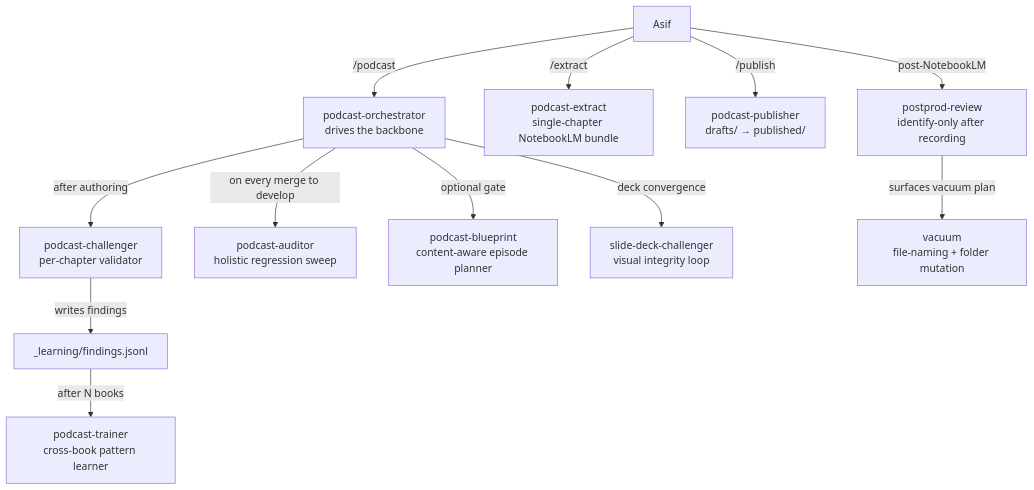
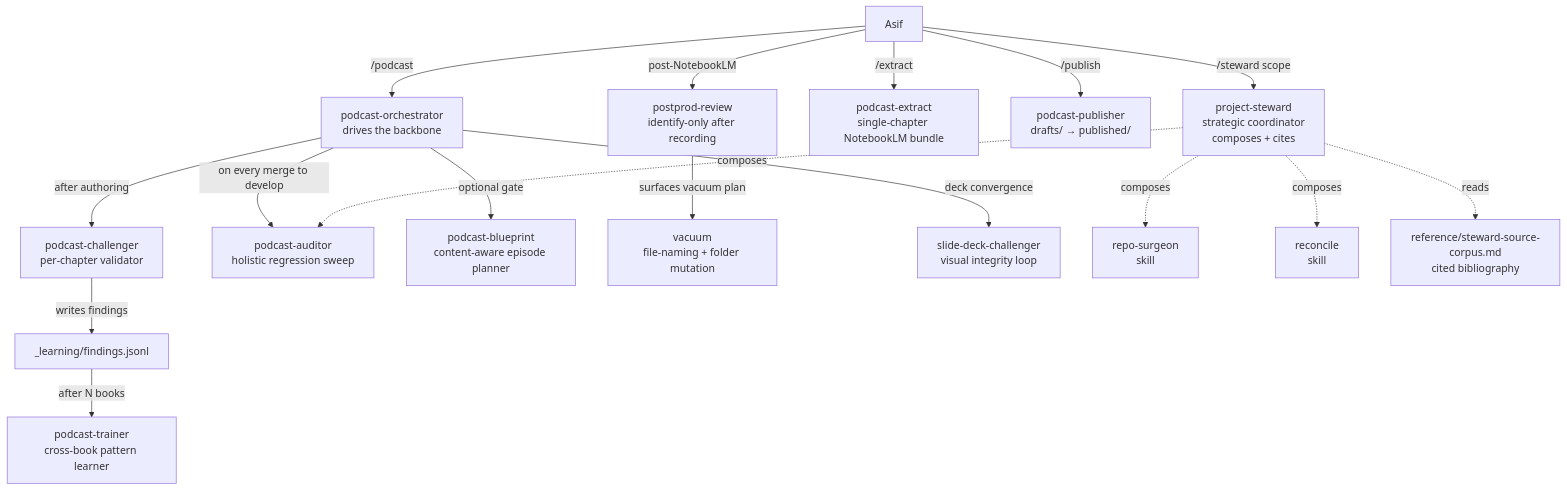
One commit to asifhussain60/podcast-factory changed the ninth of 12 diagrams in _workspace/plan/architecture.md. Above: the diagram before and after it, drawn with Mermaid. The commit also changed other lines of this file and 2 other files, not shown here.

Commit message:
chore(architecture): factor project-steward into Agent Ecosystem + DR-014 + Tier 0
The steward agent landed in commit 0e9bb7a (.github/agents/project-steward.agent.md +
reference/steward-source-corpus.md) but the planning surface still listed 8 agents and
didn't acknowledge the strategic-tactical split. This commit integrates it cleanly:

- _workspace/plan/architecture.md Agent Ecosystem: 8 -> 9 agents; introduces the two
  strata (tactical agents that fire-and-finish vs the strategic coordinator that
  composes them); adds steward node to the mermaid with dotted composes edges to
  podcast-auditor + repo-surgeon (skill) + reconcile (skill) + the cited corpus;
  appends steward's read/write contract
- _workspace/plan/architecture.md ADRs: new DR-014 Strategic-tactical agent split (steward composes, doesn't reimplement) — prevents agent-sprawl, keeps strategic prioritization out of pipeline scripts, binds every recommendation to a corpus entry
- CLAUDE.md Tier 0: adds /steward <scope> as a read-only protocol; corpus edits Tier 2
- postprod-vacuum ledger: change-log entry recording the integration

No code modified; planning + tier docs only.

````diff
--- a/_workspace/plan/architecture.md
+++ b/_workspace/plan/architecture.md
@@ -374,19 +374,25 @@
 ```mermaid
 flowchart TB
     USER[Asif]
+    USER -->|/steward scope| STEW[project-steward<br/>strategic coordinator<br/>composes + cites]
     USER -->|/podcast| ORCH[podcast-orchestrator<br/>drives the backbone]
     USER -->|/extract| EXT[podcast-extract<br/>single-chapter NotebookLM bundle]
     USER -->|/publish| PUB[podcast-publisher<br/>drafts/ → published/]
 
     ORCH -->|after authoring| CHAL[podcast-challenger<br/>per-chapter validator]
     CHAL -->|writes findings| LEDGER[_learning/findings.jsonl]
     LEDGER -->|after N books| TRAIN[podcast-trainer<br/>cross-book pattern learner]
 
     ORCH -->|on every merge to develop| AUDIT[podcast-auditor<br/>holistic regression sweep]
     ORCH -->|optional gate| BLUE[podcast-blueprint<br/>content-aware episode planner]
 
     USER -->|post-NotebookLM| POST[postprod-review<br/>identify-only after recording]
     POST -->|surfaces vacuum plan| VAC[vacuum<br/>file-naming + folder mutation]
 
     ORCH -->|deck convergence| SCHA[slide-deck-challenger<br/>visual integrity loop]
+
+    STEW -.->|composes| AUDIT
+    STEW -.->|composes| RS[repo-surgeon<br/>skill]
+    STEW -.->|composes| REC[reconcile<br/>skill]
+    STEW -.->|reads| CORPUS[reference/steward-source-corpus.md<br/>cited bibliography]
 ```
````
